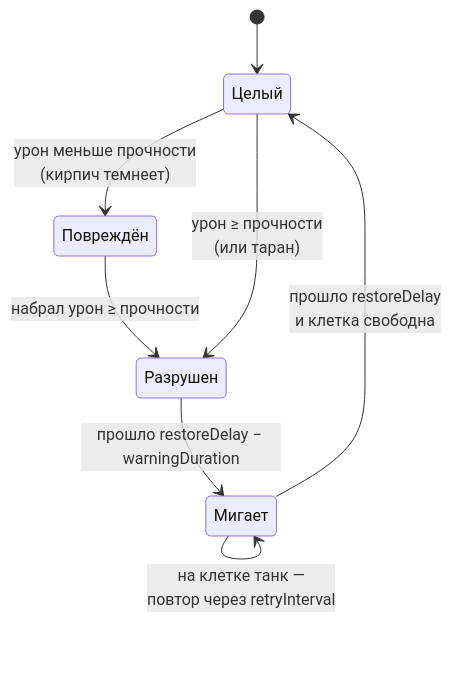
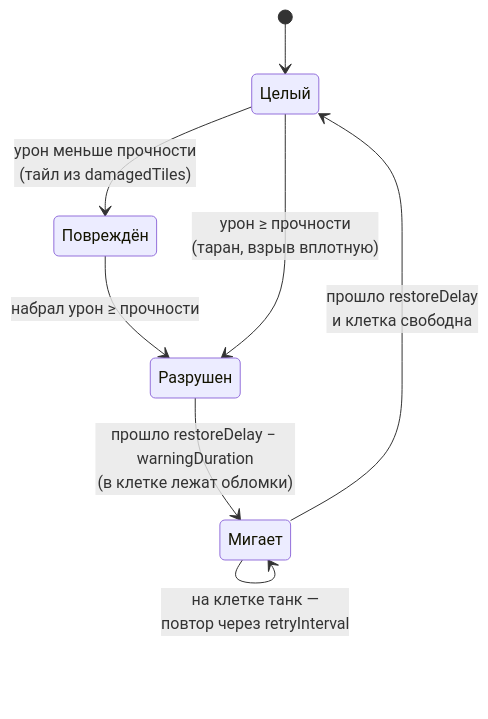
The diagram in Documentation/articles/map.md (niikage7/burmalda-gamejam), drawn with Mermaid before and after one commit. The commit also changed other lines of this file and 33 other files, not shown here.

````diff
--- a/Documentation/articles/map.md
+++ b/Documentation/articles/map.md
@@ -22,10 +28,10 @@
 ```mermaid
 stateDiagram-v2
     [*] --> Целый
-    Целый --> Повреждён: урон меньше прочности<br/>(кирпич темнеет)
+    Целый --> Повреждён: урон меньше прочности<br/>(тайл из damagedTiles)
     Повреждён --> Разрушен: набрал урон ≥ прочности
-    Целый --> Разрушен: урон ≥ прочности<br/>(или таран)
-    Разрушен --> Мигает: прошло restoreDelay − warningDuration
+    Целый --> Разрушен: урон ≥ прочности<br/>(таран, взрыв вплотную)
+    Разрушен --> Мигает: прошло restoreDelay − warningDuration<br/>(в клетке лежат обломки)
     Мигает --> Целый: прошло restoreDelay<br/>и клетка свободна
     Мигает --> Мигает: на клетке танк —<br/>повтор через retryInterval
 ```
````
